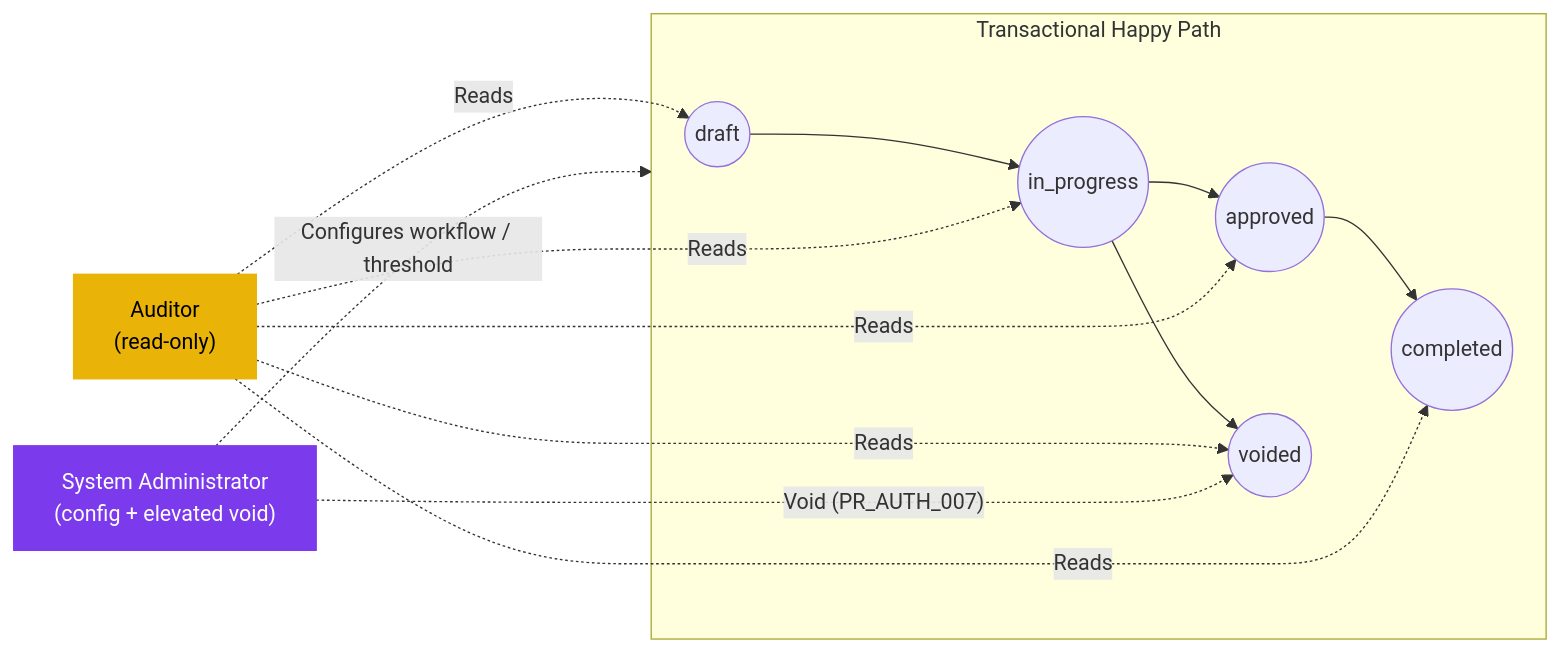
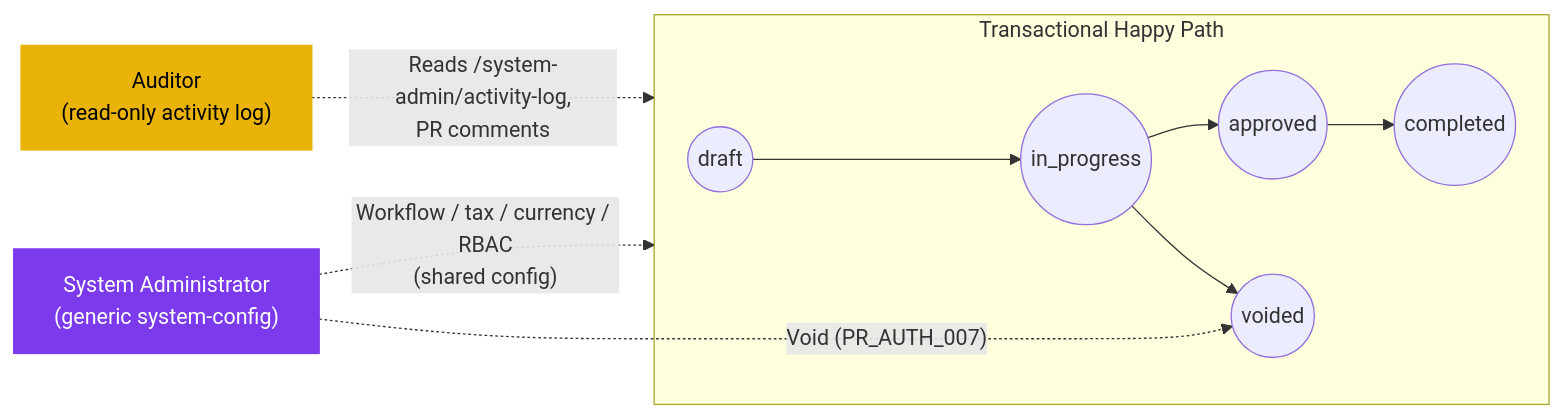
The diagram in en/inventory/purchase-request/03-user-flow-audit-config.md (CarmenSoftware-organization/carmen-wiki), drawn with Mermaid before and after one commit. The commit also changed other lines of this file and 21 other files, not shown here.

Commit message:
docs(resync): task-2 cleanup — PR audit-config correction pages, accepted_qty residual, review minors

````diff
--- a/en/inventory/purchase-request/03-user-flow-audit-config.md
+++ b/en/inventory/purchase-request/03-user-flow-audit-config.md
@@ -23,18 +34,14 @@
 ```mermaid
 graph LR
     subgraph transactional["Transactional Happy Path"]
         draft(("draft")) --> inprog(("in_progress"))
         inprog --> approved(("approved"))
         approved --> completed(("completed"))
         inprog --> voided(("voided"))
     end
-    auditor["Auditor<br/>(read-only)"]:::audit -.->|"Reads"| draft
-    auditor -.->|"Reads"| inprog
-    auditor -.->|"Reads"| approved
-    auditor -.->|"Reads"| completed
-    auditor -.->|"Reads"| voided
-    sysadmin["System Administrator<br/>(config + elevated void)"]:::cfg -.->|"Configures workflow / threshold"| transactional
-    sysadmin -.->|"Void (PR_AUTH_007)"| voided(("voided"))
+    auditor["Auditor<br/>(read-only activity log)"]:::audit -.->|"Reads /system-admin/activity-log,<br/>PR comments"| transactional
+    sysadmin["System Administrator<br/>(generic system-config)"]:::cfg -.->|"Workflow / tax / currency / RBAC<br/>(shared config)"| transactional
+    sysadmin -.->|"Void (PR_AUTH_007)"| voided
     classDef audit fill:#eab308,color:#000,stroke:#eab308;
     classDef cfg fill:#7c3aed,color:#fff,stroke:#7c3aed;
 ```
````
